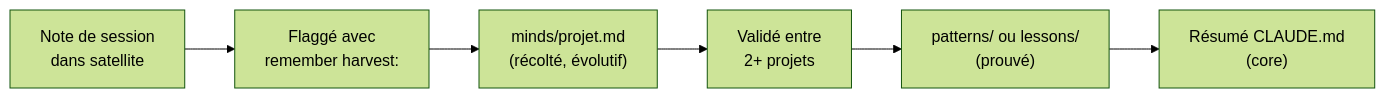
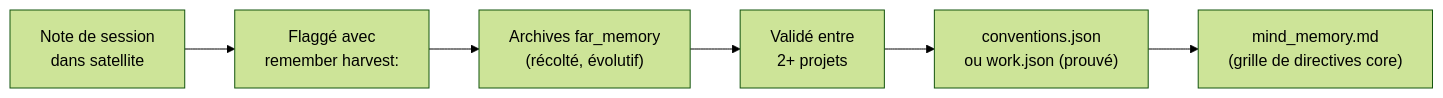
Before and after one commit to packetqc/K_DOCS: the second of 2 diagrams in docs/fr/publications/distributed-minds/full/index.md, drawn with Mermaid (forest theme). The commit also changed other lines of this file and 3 other files, not shown here.

First line of the commit message:
docs: update distributed-minds mermaid diagrams to K2.0 architecture

````diff
--- a/docs/fr/publications/distributed-minds/full/index.md
+++ b/docs/fr/publications/distributed-minds/full/index.md
@@ -137,8 +137,8 @@
 ```mermaid
 flowchart LR
     A["Note de session\ndans satellite"] --> B["Flaggé avec\nremember harvest:"]
-    B --> C["minds/projet.md\n(récolté, évolutif)"]
+    B --> C["Archives far_memory\n(récolté, évolutif)"]
     C --> D["Validé entre\n2+ projets"]
-    D --> E["patterns/ ou lessons/\n(prouvé)"]
-    E --> F["Résumé CLAUDE.md\n(core)"]
+    D --> E["conventions.json\nou work.json (prouvé)"]
+    E --> F["mind_memory.md\n(grille de directives core)"]
 ```
````
